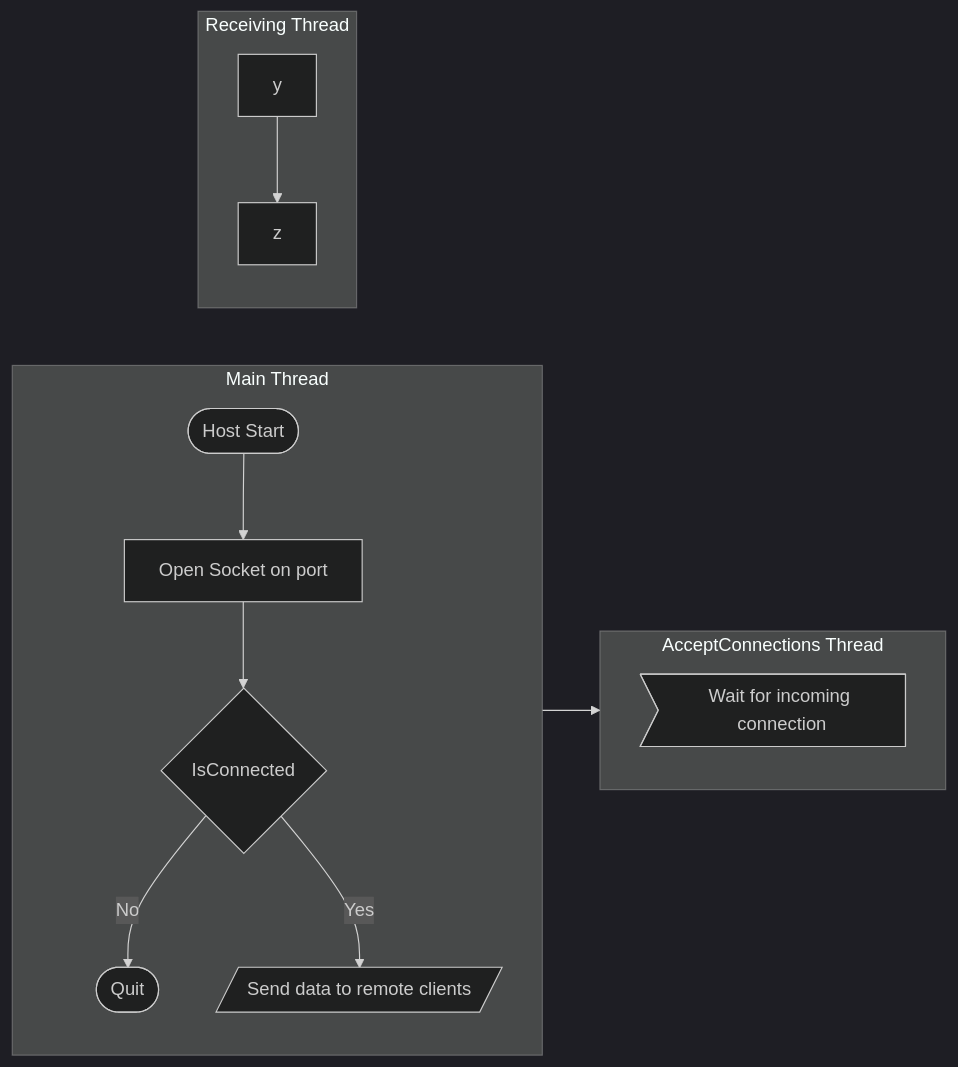
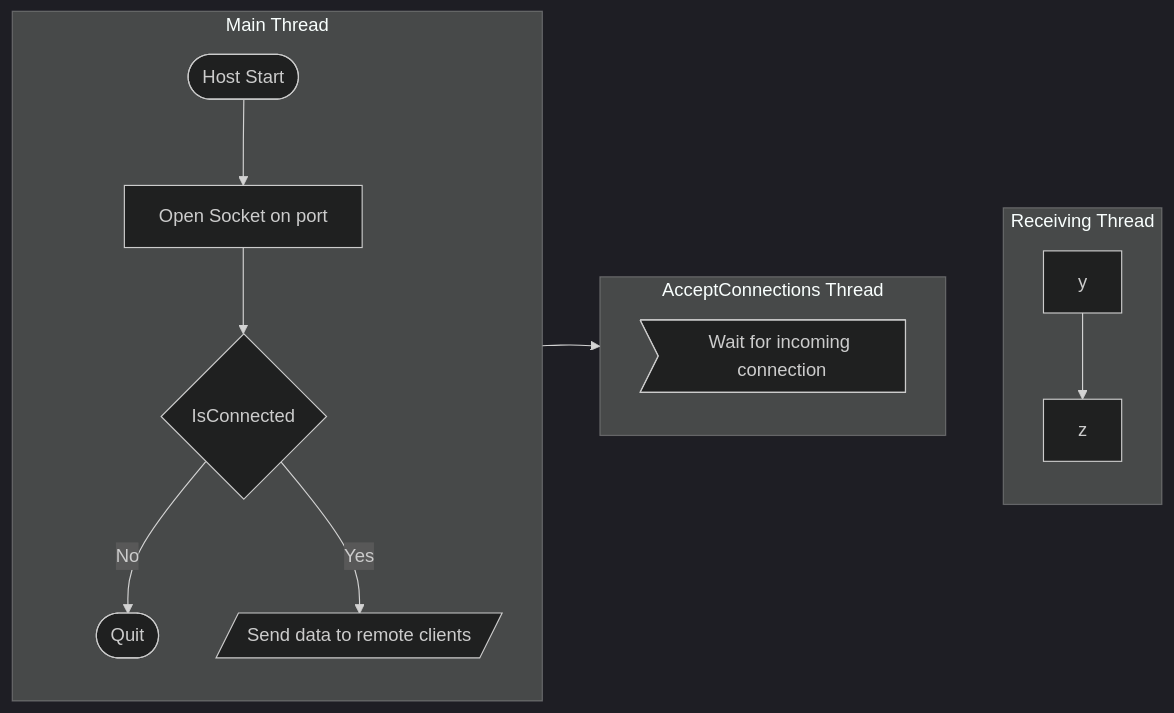
Before and after one commit to GMcMichael/ThornNetworking: the diagram in README.md, drawn with Mermaid (dark theme).

````diff
--- a/README.md
+++ b/README.md
@@ -1,18 +1,19 @@
 ```mermaid
 flowchart LR
   subgraph mt [Main Thread]
     direction TB
     A([Host Start])-->B[Open Socket on port]
     B-->C{IsConnected}
     C-- No -->D([Quit])
     C-- Yes -->E[/Send data to remote clients/]
   end
-  subgraph acthread [AcceptConnections Thread]
+  subgraph act [AcceptConnections Thread]
     direction TB
     B-->F>Wait for incoming connection]
   end
   subgraph rt [Receiving Thread]
     direction TB
     y-->z
   end
+  mt ~~~ act ~~~ rt
 ```
````
